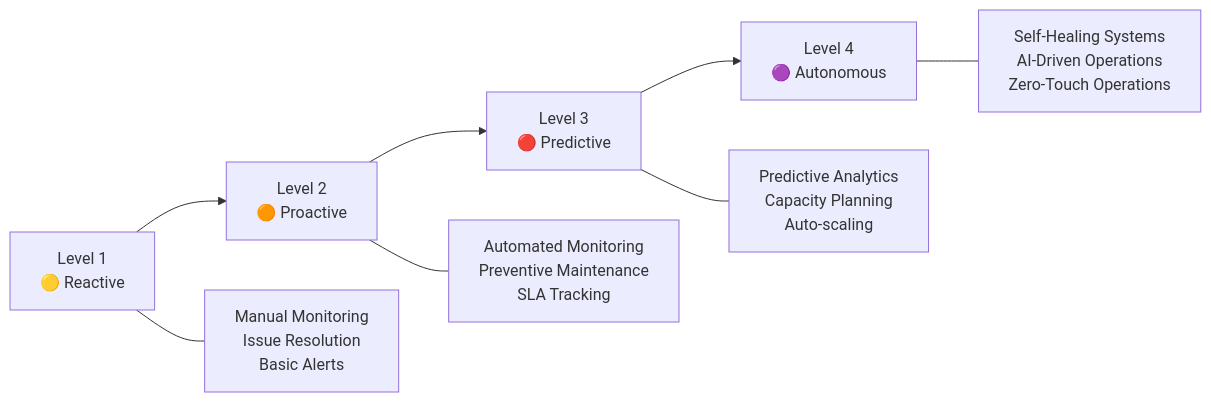
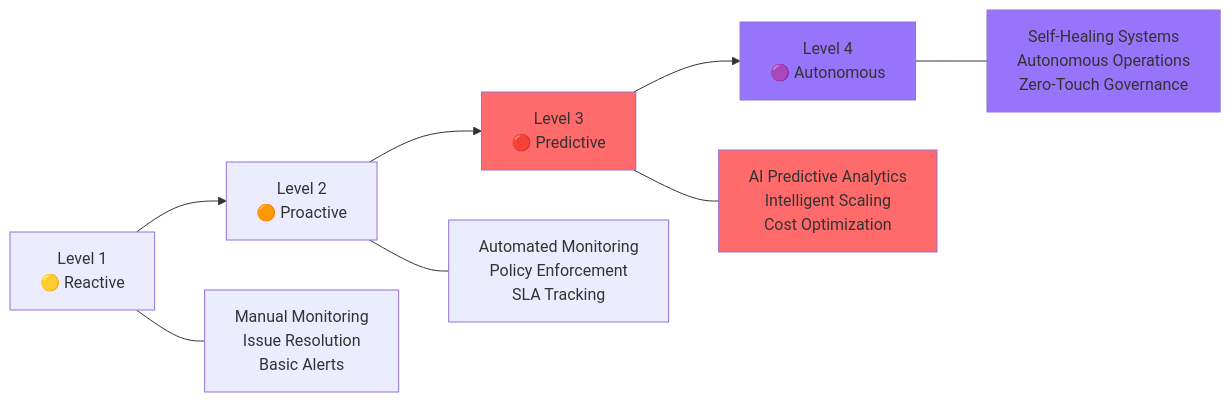
The diagram in OPERATIONS_GUIDE.md (srnichols/StampsPattern), drawn with Mermaid before and after one commit. The commit also changed other lines of this file and 18 other files, not shown here.

`````diff
--- a/OPERATIONS_GUIDE.md
+++ b/OPERATIONS_GUIDE.md
@@ -18,16 +20,21 @@
 ```mermaid
 graph LR
     A[Level 1<br/>🟡 Reactive] --> B[Level 2<br/>🟠 Proactive]
     B --> C[Level 3<br/>🔴 Predictive]
     C --> D[Level 4<br/>🟣 Autonomous]
     
     A1[Manual Monitoring<br/>Issue Resolution<br/>Basic Alerts]
-    B1[Automated Monitoring<br/>Preventive Maintenance<br/>SLA Tracking]
-    C1[Predictive Analytics<br/>Capacity Planning<br/>Auto-scaling]
-    D1[Self-Healing Systems<br/>AI-Driven Operations<br/>Zero-Touch Operations]
+    B1[Automated Monitoring<br/>Policy Enforcement<br/>SLA Tracking]
+    C1[AI Predictive Analytics<br/>Intelligent Scaling<br/>Cost Optimization]
+    D1[Self-Healing Systems<br/>Autonomous Operations<br/>Zero-Touch Governance]
     
     A --- A1
     B --- B1
     C --- C1
     D --- D1
-```
+    
+    style C fill:#ff6b6b
+    style D fill:#9775fa
+    style C1 fill:#ff6b6b
+    style D1 fill:#9775fa
+````
`````
